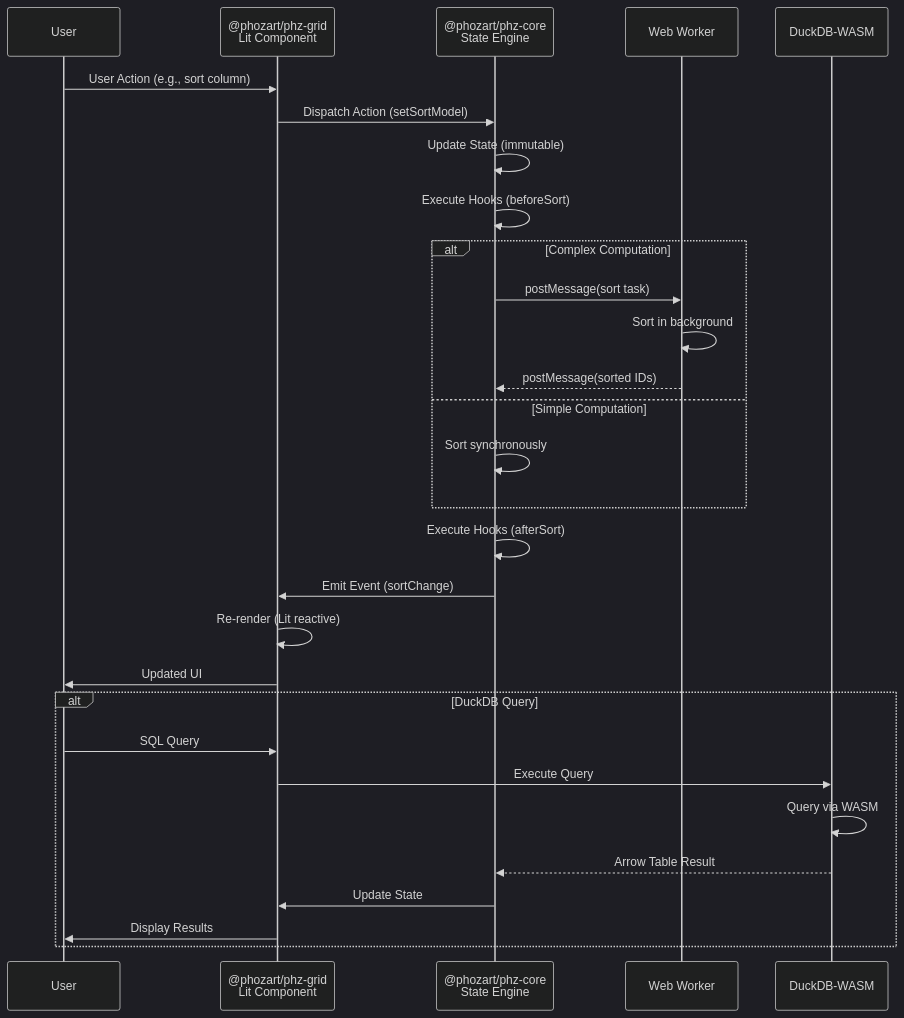
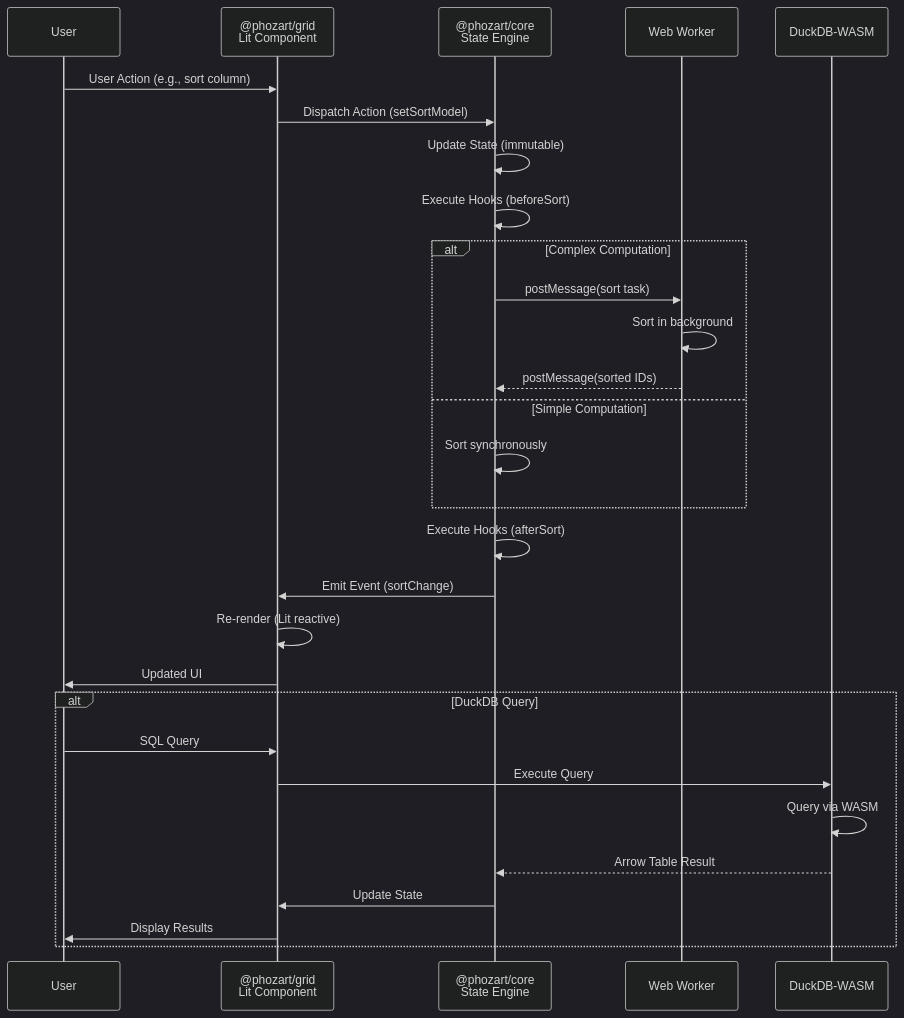
One commit to phozart/phz changed the eighth of 16 diagrams in phz-grid/docs/architecture/SYSTEM-ARCHITECTURE.md. Above: the diagram before and after it, drawn with Mermaid (dark theme). The commit also changed other lines of this file and 2902 other files, not shown here.

````diff
--- a/phz-grid/docs/architecture/SYSTEM-ARCHITECTURE.md
+++ b/phz-grid/docs/architecture/SYSTEM-ARCHITECTURE.md
@@ -875,35 +883,35 @@
 ```mermaid
 sequenceDiagram
     participant User
-    participant Grid as @phozart/phz-grid<br/>Lit Component
-    participant Core as @phozart/phz-core<br/>State Engine
+    participant Grid as @phozart/grid<br/>Lit Component
+    participant Core as @phozart/core<br/>State Engine
     participant Worker as Web Worker
     participant DuckDB as DuckDB-WASM
 
     User->>Grid: User Action (e.g., sort column)
     Grid->>Core: Dispatch Action (setSortModel)
     Core->>Core: Update State (immutable)
     Core->>Core: Execute Hooks (beforeSort)
 
     alt Complex Computation
         Core->>Worker: postMessage(sort task)
         Worker->>Worker: Sort in background
         Worker-->>Core: postMessage(sorted IDs)
     else Simple Computation
         Core->>Core: Sort synchronously
     end
 
     Core->>Core: Execute Hooks (afterSort)
     Core->>Grid: Emit Event (sortChange)
     Grid->>Grid: Re-render (Lit reactive)
     Grid->>User: Updated UI
 
     alt DuckDB Query
         User->>Grid: SQL Query
         Grid->>DuckDB: Execute Query
         DuckDB->>DuckDB: Query via WASM
         DuckDB-->>Core: Arrow Table Result
         Core->>Grid: Update State
         Grid->>User: Display Results
     end
 ```
````
